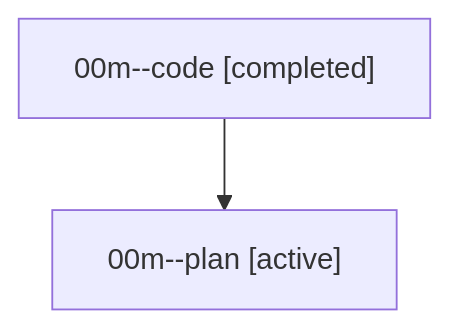
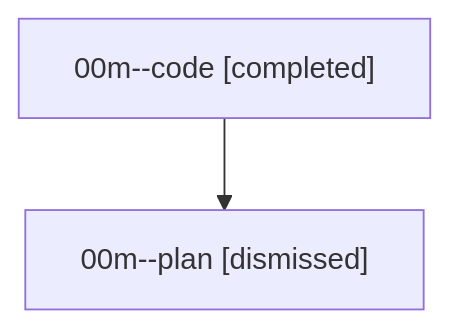
Before and after one commit to bobs-org/bob-cli--agents: the diagram in sessions/bbugyi200.athena.00m.md, drawn with Mermaid. The commit also changed other lines of this file and 11 other files, not shown here.

````diff
--- a/sessions/bbugyi200.athena.00m.md
+++ b/sessions/bbugyi200.athena.00m.md
@@ -9,6 +9,6 @@
 ```mermaid
 flowchart TD
   n0["00m--code [completed]"]
-  n1["00m--plan [active]"]
+  n1["00m--plan [dismissed]"]
   n0 --> n1
 ```
````
